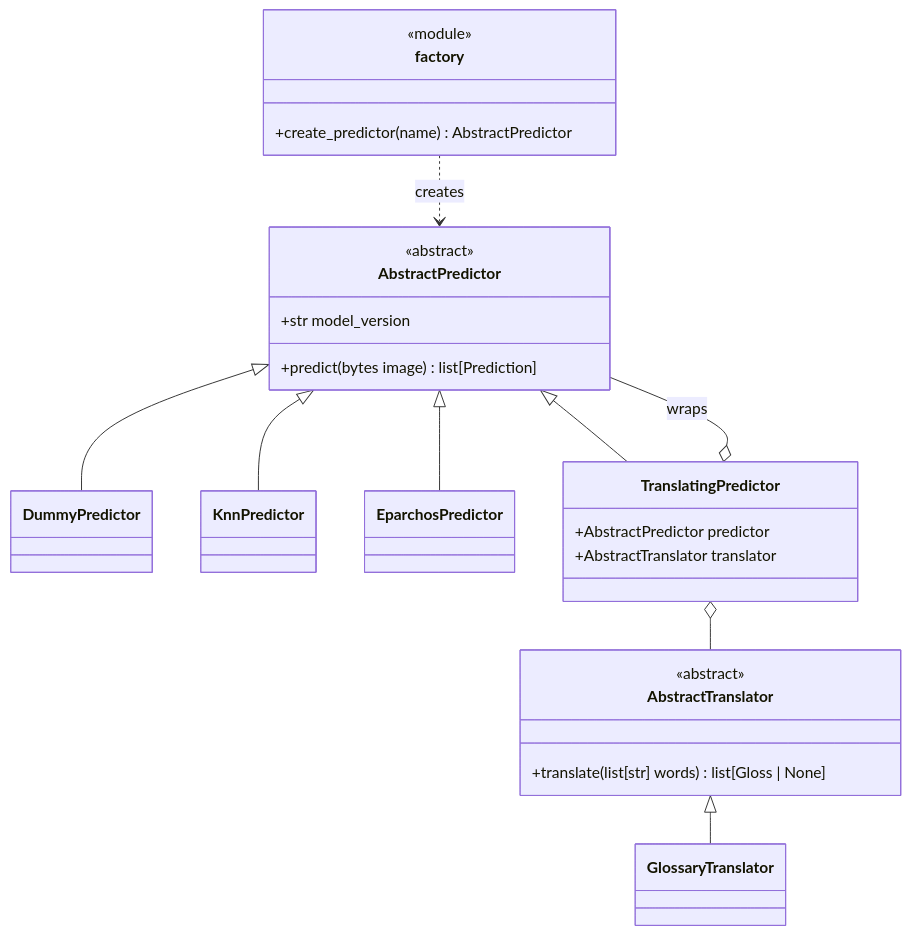
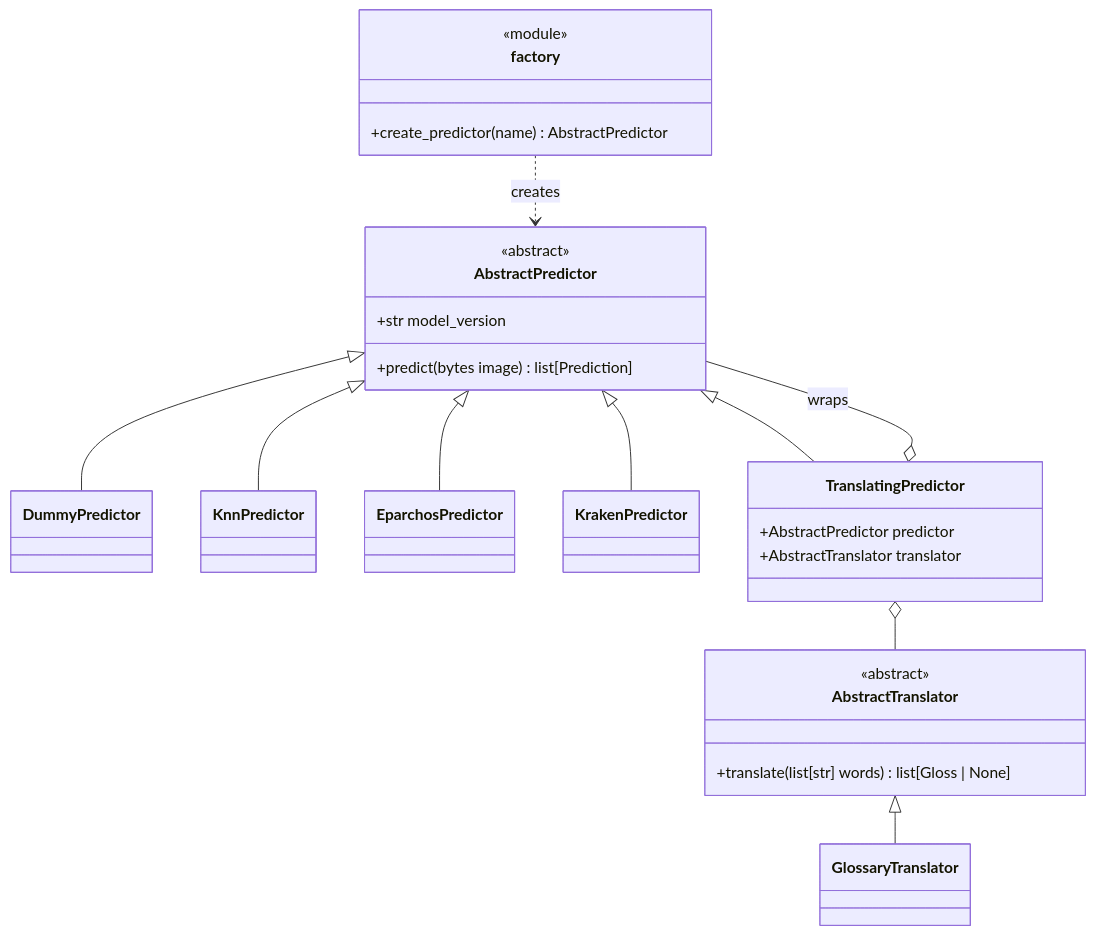
One commit to muhammadov-q/team4 changed the diagram in docs/architecture/design-patterns.md. Above: the diagram before and after it, drawn with Mermaid. The commit also changed 12 other files, not shown here.

````diff
--- a/docs/architecture/design-patterns.md
+++ b/docs/architecture/design-patterns.md
@@ -22,32 +22,34 @@
 ```mermaid
 classDiagram
     class AbstractPredictor {
         <<abstract>>
         +str model_version
         +predict(bytes image) list[Prediction]
     }
     class DummyPredictor
     class KnnPredictor
     class EparchosPredictor
+    class KrakenPredictor
     class TranslatingPredictor {
         +AbstractPredictor predictor
         +AbstractTranslator translator
     }
     class AbstractTranslator {
         <<abstract>>
         +translate(list[str] words) list[Gloss | None]
     }
     class GlossaryTranslator
     class factory {
         <<module>>
         +create_predictor(name) AbstractPredictor
     }
     AbstractPredictor <|-- DummyPredictor
     AbstractPredictor <|-- KnnPredictor
     AbstractPredictor <|-- EparchosPredictor
+    AbstractPredictor <|-- KrakenPredictor
     AbstractPredictor <|-- TranslatingPredictor
     TranslatingPredictor o-- AbstractPredictor : wraps
     TranslatingPredictor o-- AbstractTranslator
     AbstractTranslator <|-- GlossaryTranslator
     factory ..> AbstractPredictor : creates
 ```
````
